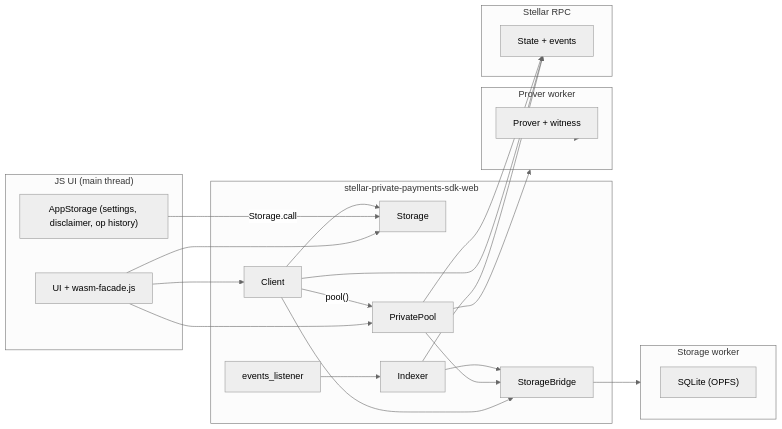
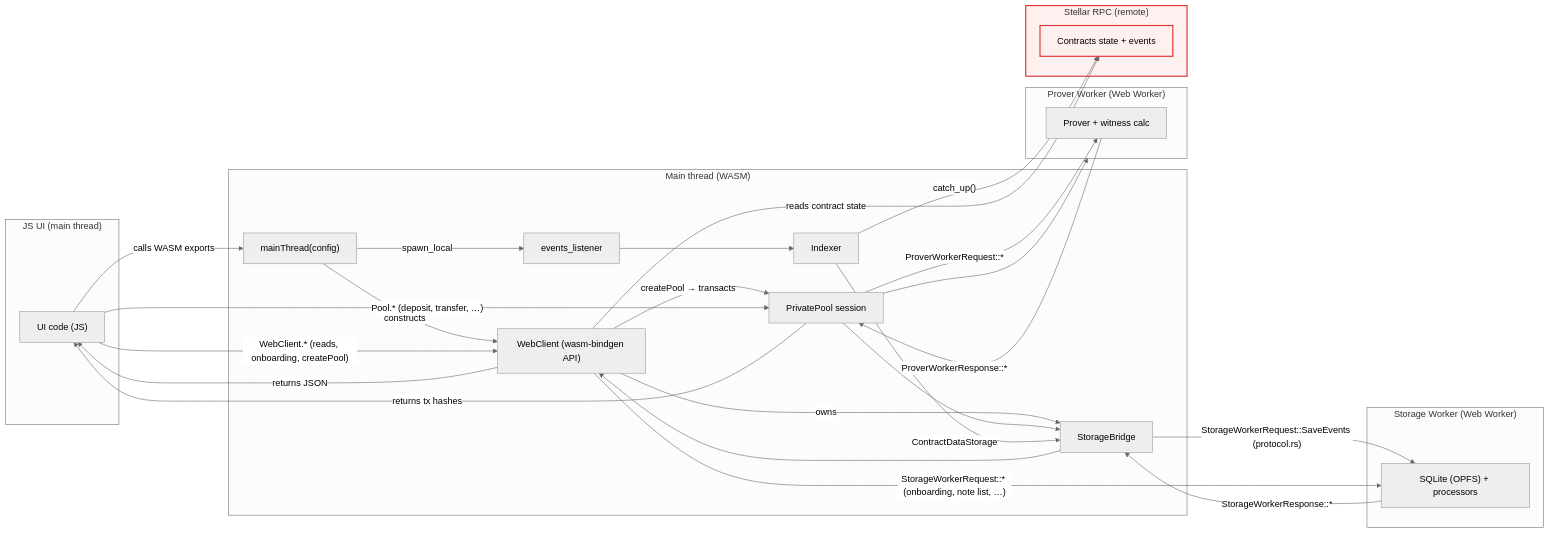
Before and after one commit to NethermindEth/stellar-private-payments: the diagram in app/ARCHITECTURE.md, drawn with Mermaid (neutral theme). The commit also changed other lines of this file and 44 other files, not shown here.

````diff
--- a/app/ARCHITECTURE.md
+++ b/app/ARCHITECTURE.md
@@ -108,45 +92,58 @@
 ```mermaid
 flowchart LR
+  %% Main thread
   subgraph JS["JS UI (main thread)"]
-    UI["UI + wasm-facade.js"]
-    AS["AppStorage (settings, disclaimer, op history)"]
+    UI["UI code (JS)"]
   end
 
-  subgraph PKG["stellar-private-payments-sdk-web"]
-    ST["Storage"]
-    CL["Client"]
-    PP["PrivatePool"]
+  subgraph WASM["Main thread (WASM)"]
+    MT["mainThread(config)"]
+    WC["WebClient (wasm-bindgen API)"]
+    PP["PrivatePool session"]
     SB["StorageBridge"]
     EL["events_listener"]
     IDX["Indexer"]
   end
 
-  subgraph SW["Storage worker"]
-    DB["SQLite (OPFS)"]
+  %% Workers
+  subgraph SW["Storage Worker (Web Worker)"]
+    DB["SQLite (OPFS) + processors"]
   end
 
-  subgraph PW["Prover worker"]
-    PR["Prover + witness"]
+  subgraph PW["Prover Worker (Web Worker)"]
+    PR["Prover + witness calc"]
   end
 
-  subgraph RPC["Stellar RPC"]
-    RPCAPI["State + events"]
+  %% Remote dependency (not local)
+  subgraph RPC["Stellar RPC (remote)"]
+    RPCAPI["Contracts state + events"]
   end
 
-  UI --> ST
-  UI --> CL
-  UI --> PP
-  AS -->|"Storage.call"| ST
-  CL --> ST
-  CL --> SB
-  CL -->|"pool()"| PP
+  UI -->|"calls WASM exports"| MT
+  MT -->|"constructs"| WC
+  WC -->|"owns"| SB
+  WC -->|"createPool → transacts"| PP
   PP --> SB
   PP --> PW
+
+  MT -->|"spawn_local"| EL
   EL --> IDX
-  IDX --> RPCAPI
-  IDX --> SB
-  SB --> SW
-  PW --> PR
-  CL --> RPCAPI
-  PP --> RPCAPI
+  IDX -->|"catch_up()"| RPCAPI
+  IDX -->|"ContractDataStorage"| SB
+  SB -->|"StorageWorkerRequest::SaveEvents (protocol.rs)"| DB
+
+  UI -->|"WebClient.* (reads, onboarding, createPool)"| WC
+  UI -->|"Pool.* (deposit, transfer, …)"| PP
+  WC -->|"reads contract state"| RPCAPI
+  WC -->|"StorageWorkerRequest::* (onboarding, note list, …)"| DB
+  PP -->|"ProverWorkerRequest::*"| PR
+  PR -->|"ProverWorkerResponse::*"| PP
+  DB -->|"StorageWorkerResponse::*"| SB
+  SB --> WC
+  WC -->|"returns JSON"| UI
+  PP -->|"returns tx hashes"| UI
+
+  classDef remote fill:#fff0f0,stroke:#d33,stroke-width:2px,color:#000;
+  style RPC fill:#fff0f0,stroke:#d33,stroke-width:2px;
+  class RPCAPI remote;
 ```
````
